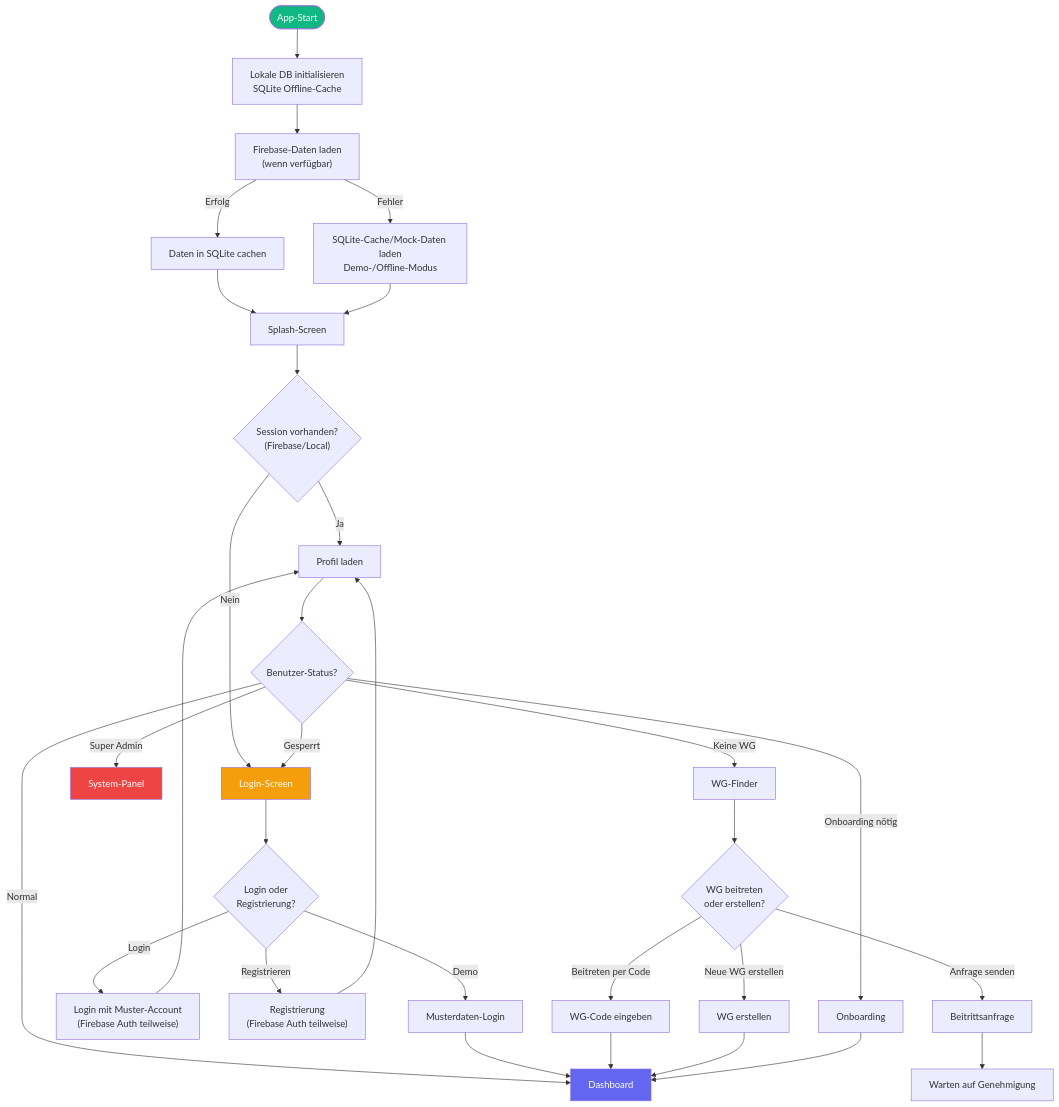
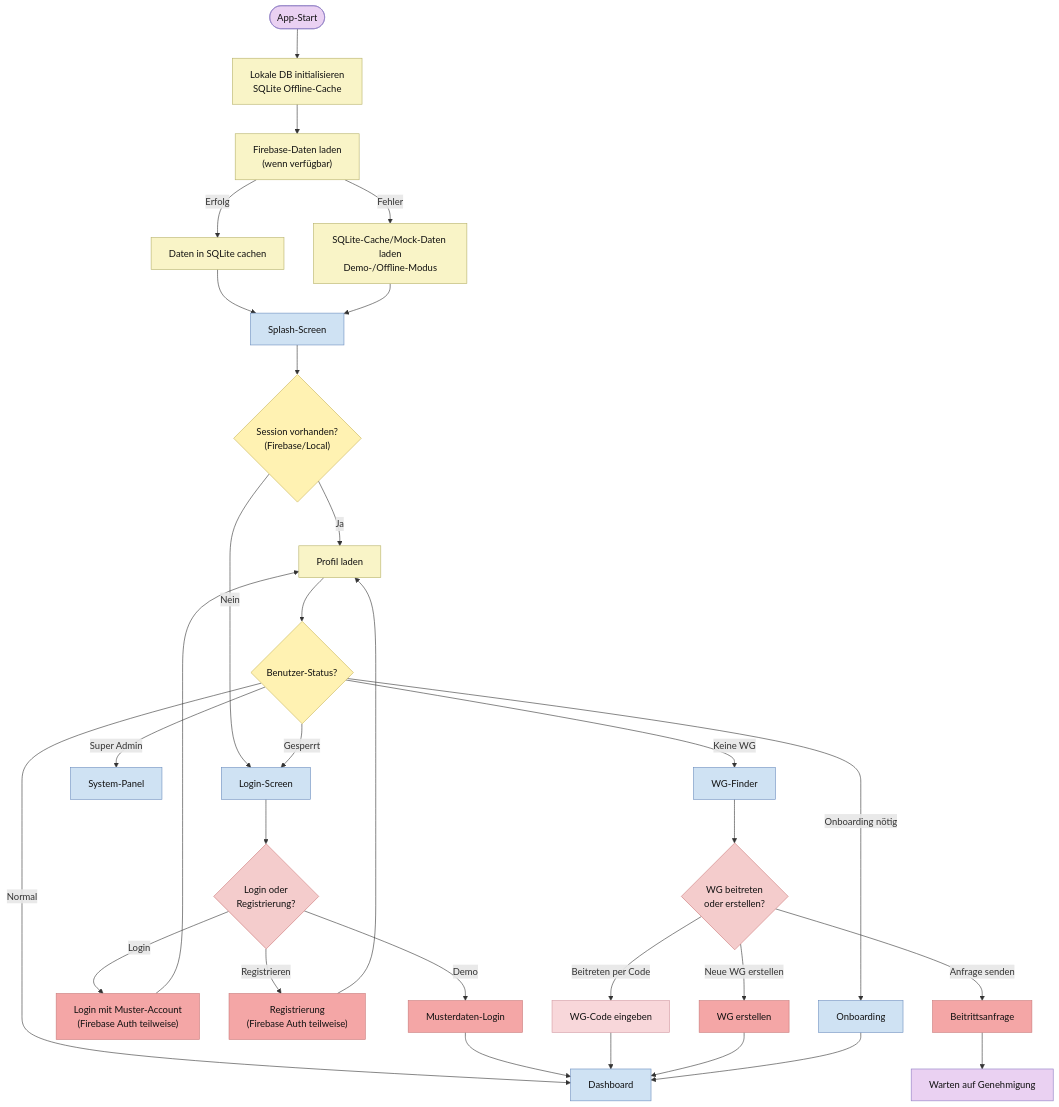
The second of 23 diagrams in ABLAUFDIAGRAMM.md (Nejy190501/WGManager), drawn with Mermaid before and after one commit. The commit also changed other lines of this file, not shown here.

````diff
--- a/ABLAUFDIAGRAMM.md
+++ b/ABLAUFDIAGRAMM.md
@@ -24,38 +55,49 @@
 ```mermaid
 flowchart TD
     A(["App-Start"]) --> B["Lokale DB initialisieren<br/>SQLite Offline-Cache"]
     B --> C["Firebase-Daten laden<br/>(wenn verfügbar)"]
     C -->|Erfolg| D["Daten in SQLite cachen"]
     C -->|Fehler| E["SQLite-Cache/Mock-Daten laden<br/>Demo-/Offline-Modus"]
     D --> F["Splash-Screen"]
     E --> F
     F --> G{"Session vorhanden?<br/>(Firebase/Local)"}
     G -->|Ja| H["Profil laden"]
     G -->|Nein| I["Login-Screen"]
     H --> J{"Benutzer-Status?"}
     J -->|Gesperrt| I
     J -->|Super Admin| K["System-Panel"]
     J -->|Keine WG| L["WG-Finder"]
     J -->|Onboarding nötig| M["Onboarding"]
     J -->|Normal| N["Dashboard"]
     I --> O{"Login oder<br/>Registrierung?"}
     O -->|Login| P["Login mit Muster-Account<br/>(Firebase Auth teilweise)"]
     O -->|Registrieren| Q["Registrierung<br/>(Firebase Auth teilweise)"]
     O -->|Demo| R["Musterdaten-Login"]
     P --> H
     Q --> H
     R --> N
     L --> S{"WG beitreten<br/>oder erstellen?"}
     S -->|Beitreten per Code| T["WG-Code eingeben"]
     S -->|Anfrage senden| U["Beitrittsanfrage"]
     S -->|Neue WG erstellen| V["WG erstellen"]
     T --> N
     U --> W["Warten auf Genehmigung"]
     V --> N
     M --> N
 
-    style A fill:#10b981,color:#fff
-    style N fill:#6366f1,color:#fff
-    style K fill:#ef4444,color:#fff
-    style I fill:#f59e0b,color:#fff
+    classDef userAction fill:#ead1f2,stroke:#8e7cc3,color:#111;
+    classDef systemAction fill:#f9f4c7,stroke:#b7b26a,color:#111;
+    classDef userDecision fill:#f4cccc,stroke:#cc7a7a,color:#111;
+    classDef systemDecision fill:#fff2b2,stroke:#c9b458,color:#111;
+    classDef button fill:#f4a6a6,stroke:#c97b7b,color:#111;
+    classDef userInput fill:#f8d7da,stroke:#d49aa2,color:#111;
+    classDef screen fill:#cfe2f3,stroke:#6c8ebf,color:#111;
+
+    class A,W userAction;
+    class B,C,D,E,H systemAction;
+    class O,S userDecision;
+    class G,J systemDecision;
+    class P,Q,R,U,V button;
+    class T userInput;
+    class F,I,K,L,M,N screen;
 ```
````
